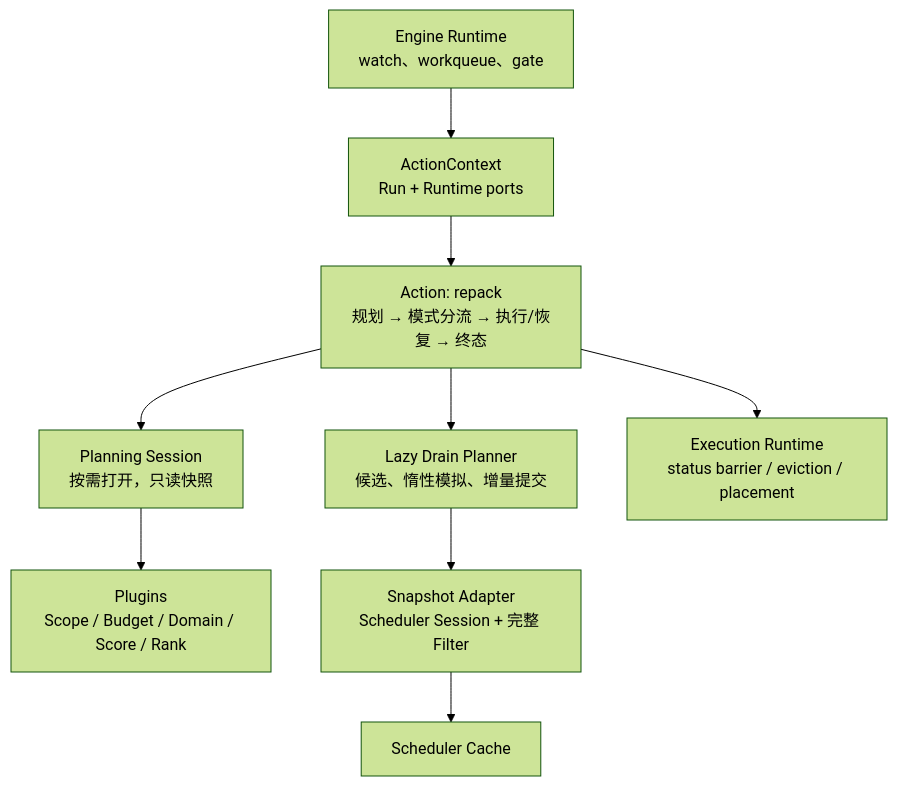
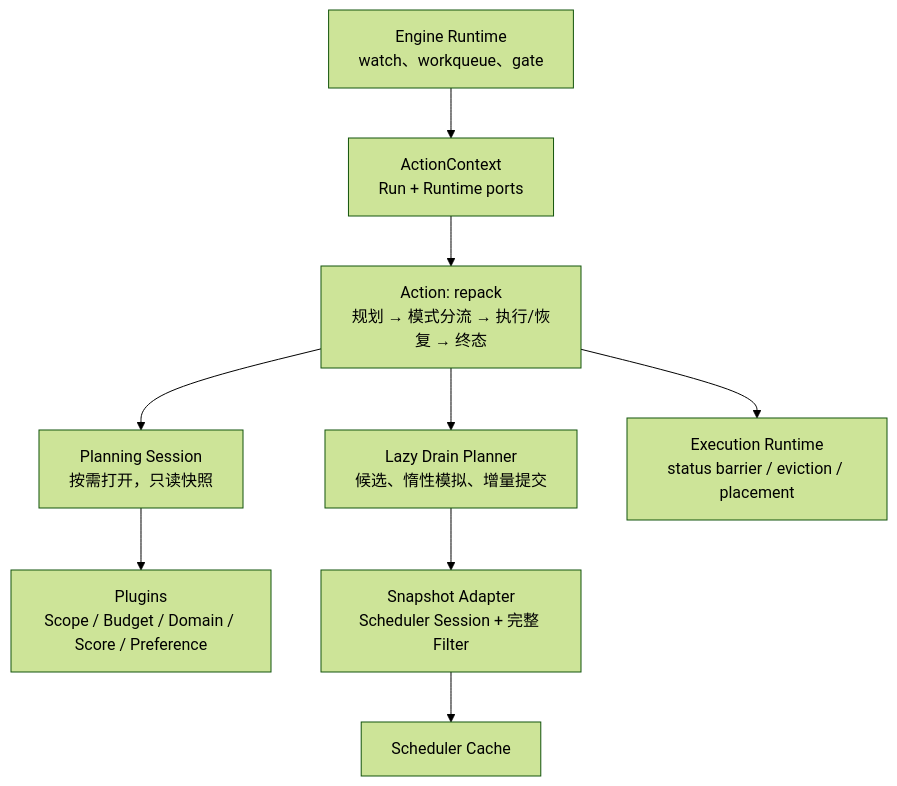
One commit to wangyang0616/volcano changed the second of 6 diagrams in docs/design/repack-design.md. Above: the diagram before and after it, drawn with Mermaid (forest theme). The commit also changed other lines of this file and 11 other files, not shown here.

````diff
--- a/docs/design/repack-design.md
+++ b/docs/design/repack-design.md
@@ -60,11 +60,11 @@
 ```mermaid
 flowchart TB
     D["Engine Runtime\nwatch、workqueue、gate"] --> C["ActionContext\nRun + Runtime ports"]
     C --> A["Action: repack\n规划 → 模式分流 → 执行/恢复 → 终态"]
     A --> S["Planning Session\n按需打开，只读快照"]
-    S --> P["Plugins\nScope / Budget / Domain / Score / Rank"]
+    S --> P["Plugins\nScope / Budget / Domain / Score / Preference"]
     A --> L["Lazy Drain Planner\n候选、惰性模拟、增量提交"]
     A --> X["Execution Runtime\nstatus barrier / eviction / placement"]
     L --> SA["Snapshot Adapter\nScheduler Session + 完整 Filter"]
     SA --> SC["Scheduler Cache"]
 ```
````
